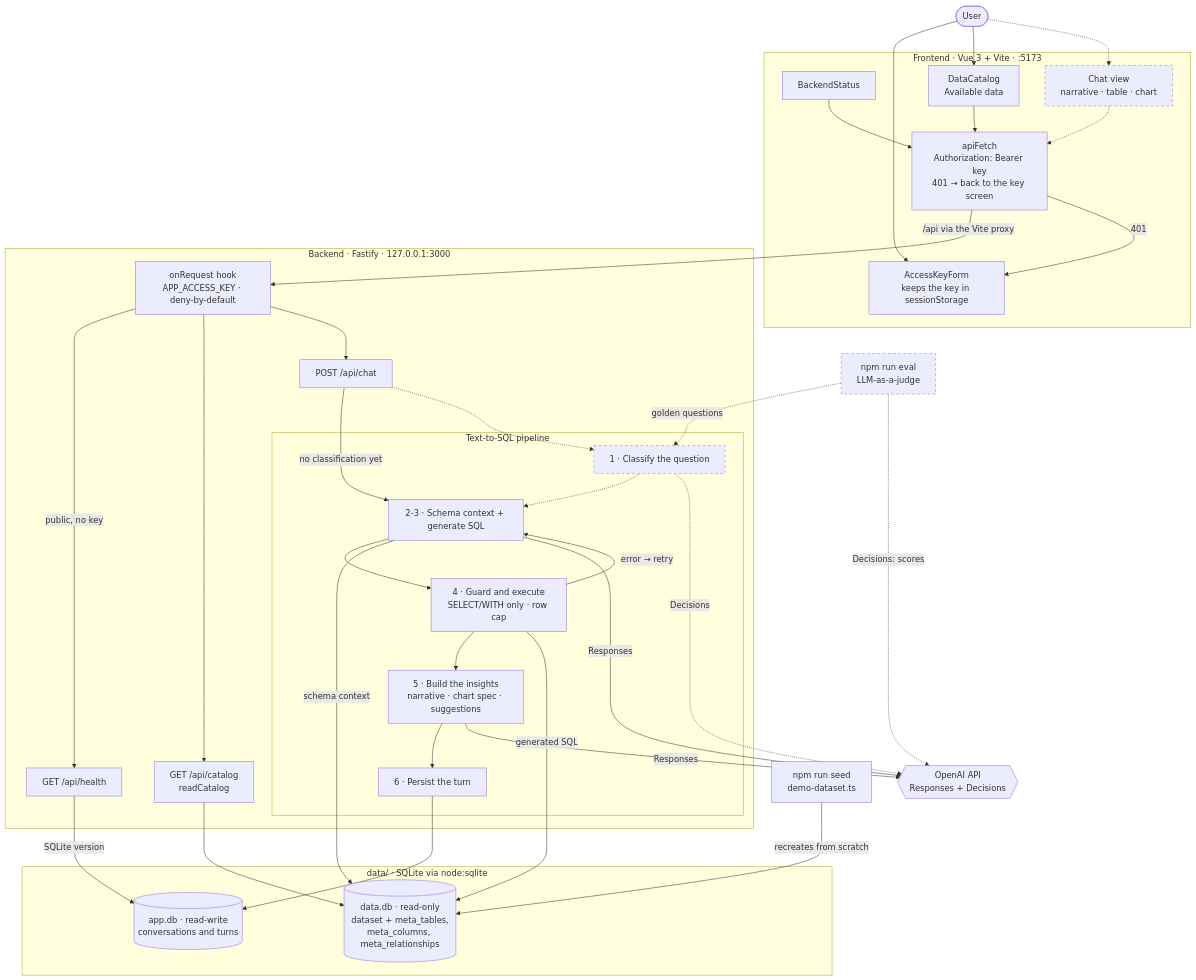
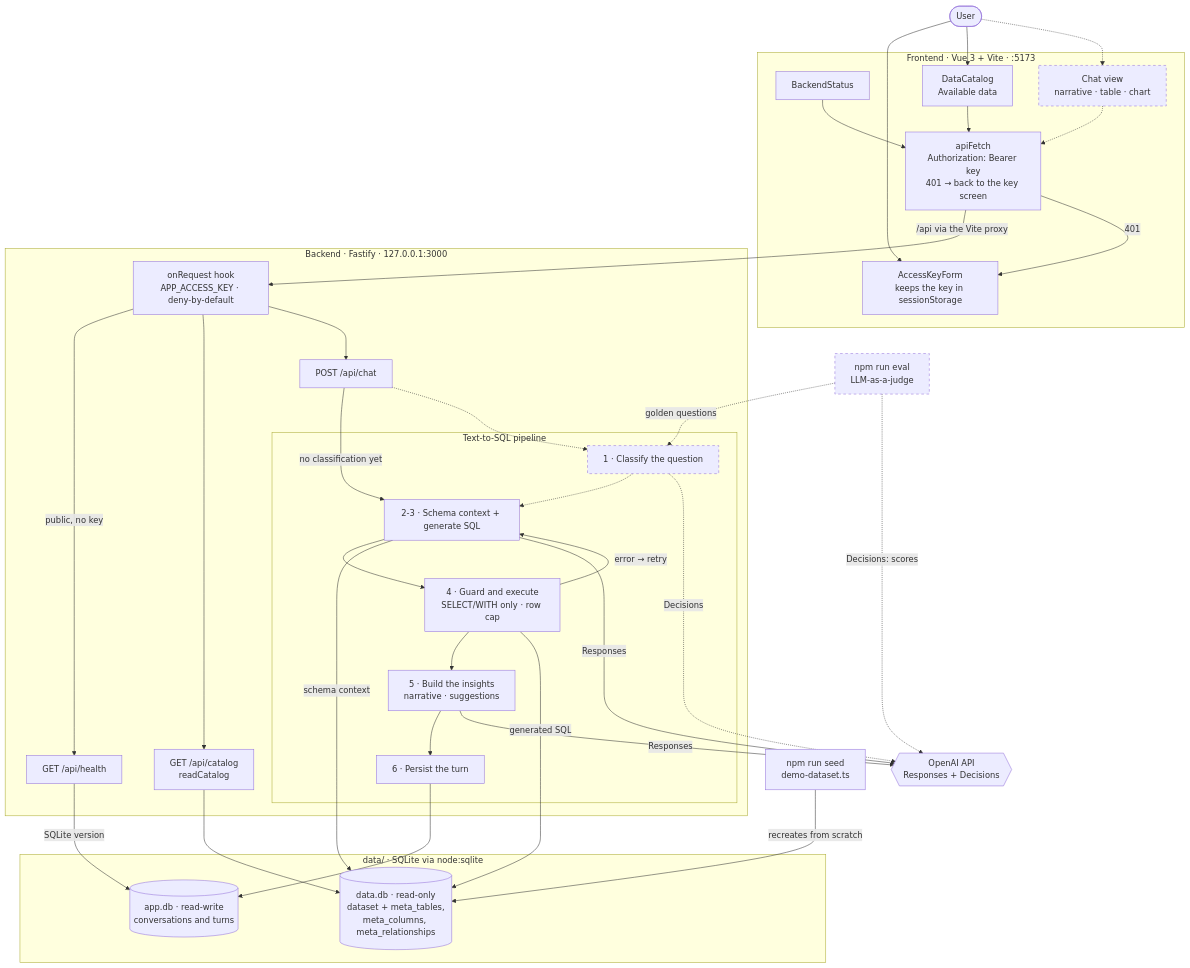
One commit to emiber/UTDT changed the diagram in docs/ARCHITECTURE_DIAGRAM.md. Above: the diagram before and after it, drawn with Mermaid. The commit also changed 6 other files, not shown here.

````diff
--- a/docs/ARCHITECTURE_DIAGRAM.md
+++ b/docs/ARCHITECTURE_DIAGRAM.md
@@ -8,66 +8,66 @@
 ```mermaid
 flowchart TB
   user(["User"])
 
   subgraph FE["Frontend · Vue 3 + Vite · :5173"]
     keyForm["AccessKeyForm<br/>keeps the key in sessionStorage"]
     backendStatus["BackendStatus"]
     dataCatalog["DataCatalog<br/>Available data"]
     chatUi["Chat view<br/>narrative · table · chart"]
     apiFetch["apiFetch<br/>Authorization: Bearer key<br/>401 → back to the key screen"]
   end
 
   subgraph BE["Backend · Fastify · 127.0.0.1:3000"]
     authHook["onRequest hook<br/>APP_ACCESS_KEY · deny-by-default"]
     health["GET /api/health"]
     catalogRoute["GET /api/catalog<br/>readCatalog"]
     chatRoute["POST /api/chat"]
     subgraph PIPE["Text-to-SQL pipeline"]
       classify["1 · Classify the question"]
       genSql["2-3 · Schema context + generate SQL"]
       guard["4 · Guard and execute<br/>SELECT/WITH only · row cap"]
-      insights["5 · Build the insights<br/>narrative · chart spec · suggestions"]
+      insights["5 · Build the insights<br/>narrative · suggestions"]
       persist["6 · Persist the turn"]
     end
   end
 
   subgraph DATA["data/ · SQLite via node:sqlite"]
     dataDb[("data.db · read-only<br/>dataset + meta_tables,<br/>meta_columns, meta_relationships")]
     appDb[("app.db · read-write<br/>conversations and turns")]
   end
 
   openai{{"OpenAI API<br/>Responses + Decisions"}}
   seed["npm run seed<br/>demo-dataset.ts"]
   evalCmd["npm run eval<br/>LLM-as-a-judge"]
 
   user --> keyForm
   user --> dataCatalog
   user -.-> chatUi
   backendStatus & dataCatalog --> apiFetch
   chatUi -.-> apiFetch
   apiFetch -->|"/api via the Vite proxy"| authHook
   apiFetch -->|"401"| keyForm
   authHook -->|"public, no key"| health
   authHook --> catalogRoute
   authHook --> chatRoute
   health -->|"SQLite version"| appDb
   catalogRoute --> dataDb
   seed -->|"recreates from scratch"| dataDb
 
   chatRoute -->|"no classification yet"| genSql
   chatRoute -.-> classify -.-> genSql
   genSql --> guard
   guard --> insights --> persist
   guard -->|"error → retry"| genSql
   guard -->|"generated SQL"| dataDb
   genSql -->|"schema context"| dataDb
   persist --> appDb
   classify -.->|"Decisions"| openai
   genSql -->|"Responses"| openai
   insights -->|"Responses"| openai
   evalCmd -.->|"golden questions"| classify
   evalCmd -.->|"Decisions: scores"| openai
 
   classDef planned stroke-dasharray: 5 5
   class chatUi,classify,evalCmd planned
 ```
````
